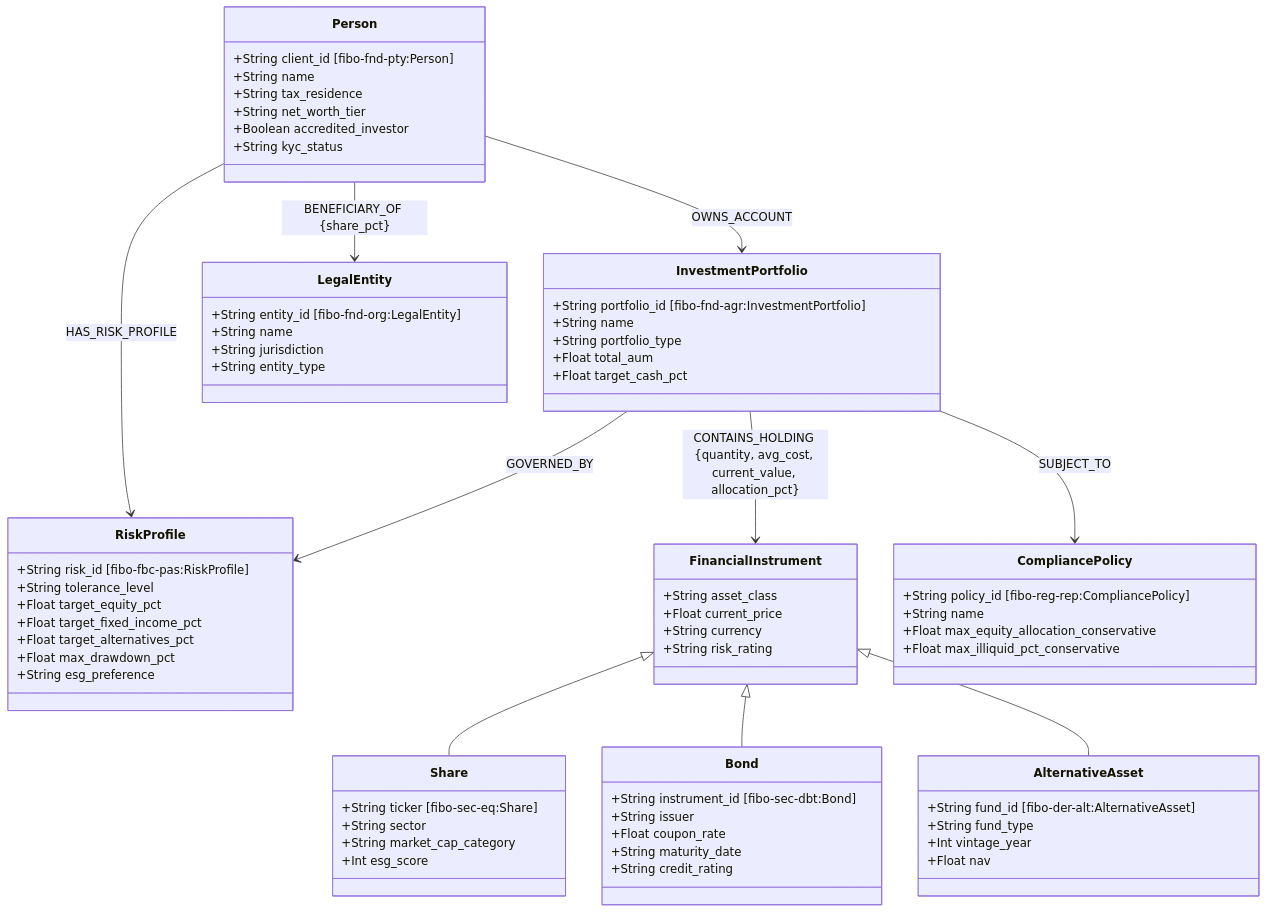
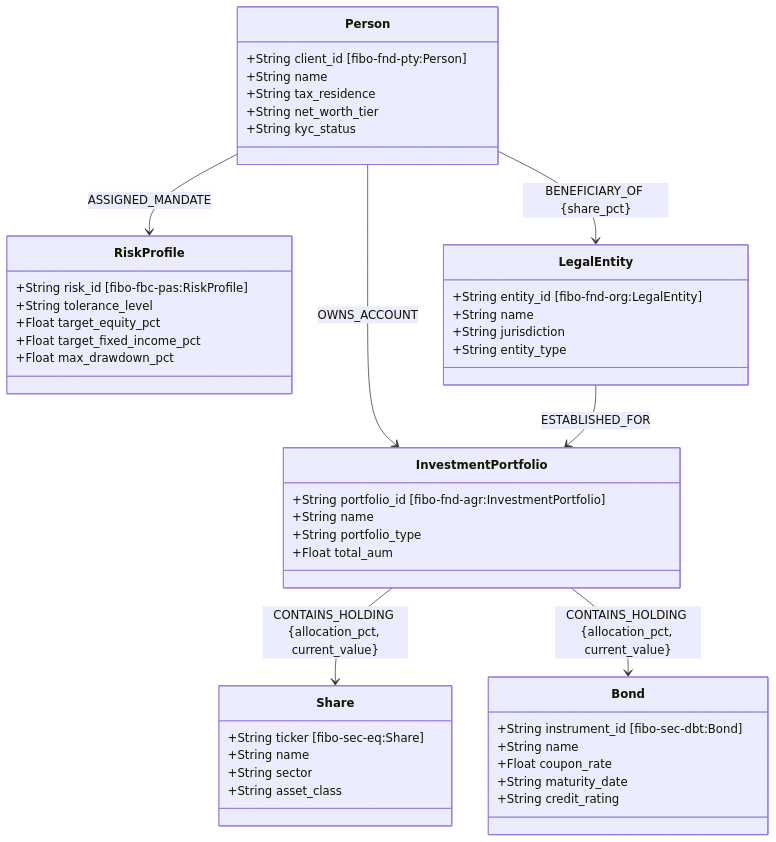
One commit to Ganesh-K-Indium/AuraIQ changed the first of 2 diagrams in COMPLETE_ARCHITECTURE_AND_CODE_GUIDE.md. Above: the diagram before and after it, drawn with Mermaid. The commit also changed other lines of this file and 1 other file, not shown here.

````diff
--- a/COMPLETE_ARCHITECTURE_AND_CODE_GUIDE.md
+++ b/COMPLETE_ARCHITECTURE_AND_CODE_GUIDE.md
@@ -82,75 +79,49 @@
 ```mermaid
 classDiagram
     class Person {
         +String client_id [fibo-fnd-pty:Person]
         +String name
         +String tax_residence
         +String net_worth_tier
-        +Boolean accredited_investor
         +String kyc_status
     }
     class InvestmentPortfolio {
         +String portfolio_id [fibo-fnd-agr:InvestmentPortfolio]
         +String name
         +String portfolio_type
         +Float total_aum
-        +Float target_cash_pct
     }
     class RiskProfile {
         +String risk_id [fibo-fbc-pas:RiskProfile]
         +String tolerance_level
         +Float target_equity_pct
         +Float target_fixed_income_pct
-        +Float target_alternatives_pct
         +Float max_drawdown_pct
-        +String esg_preference
-    }
-    class FinancialInstrument {
-        +String asset_class
-        +Float current_price
-        +String currency
-        +String risk_rating
-    }
-    class Share {
-        +String ticker [fibo-sec-eq:Share]
-        +String sector
-        +String market_cap_category
-        +Int esg_score
-    }
-    class Bond {
-        +String instrument_id [fibo-sec-dbt:Bond]
-        +String issuer
-        +Float coupon_rate
-        +String maturity_date
-        +String credit_rating
-    }
-    class AlternativeAsset {
-        +String fund_id [fibo-der-alt:AlternativeAsset]
-        +String fund_type
-        +Int vintage_year
-        +Float nav
     }
     class LegalEntity {
         +String entity_id [fibo-fnd-org:LegalEntity]
         +String name
         +String jurisdiction
         +String entity_type
     }
-    class CompliancePolicy {
-        +String policy_id [fibo-reg-rep:CompliancePolicy]
+    class Share {
+        +String ticker [fibo-sec-eq:Share]
         +String name
-        +Float max_equity_allocation_conservative
-        +Float max_illiquid_pct_conservative
+        +String sector
+        +String asset_class
+    }
+    class Bond {
+        +String instrument_id [fibo-sec-dbt:Bond]
+        +String name
+        +Float coupon_rate
+        +String maturity_date
+        +String credit_rating
     }
 
-    FinancialInstrument <|-- Share
-    FinancialInstrument <|-- Bond
-    FinancialInstrument <|-- AlternativeAsset
-
+    Person --> InvestmentPortfolio : OWNS_ACCOUNT
+    Person --> RiskProfile : ASSIGNED_MANDATE
     Person --> LegalEntity : BENEFICIARY_OF {share_pct}
-    Person --> RiskProfile : HAS_RISK_PROFILE
-    Person --> InvestmentPortfolio : OWNS_ACCOUNT
-    InvestmentPortfolio --> RiskProfile : GOVERNED_BY
-    InvestmentPortfolio --> CompliancePolicy : SUBJECT_TO
-    InvestmentPortfolio --> FinancialInstrument : CONTAINS_HOLDING {quantity, avg_cost, current_value, allocation_pct}
+    LegalEntity --> InvestmentPortfolio : ESTABLISHED_FOR
+    InvestmentPortfolio --> Share : CONTAINS_HOLDING {allocation_pct, current_value}
+    InvestmentPortfolio --> Bond : CONTAINS_HOLDING {allocation_pct, current_value}
 ```
````
